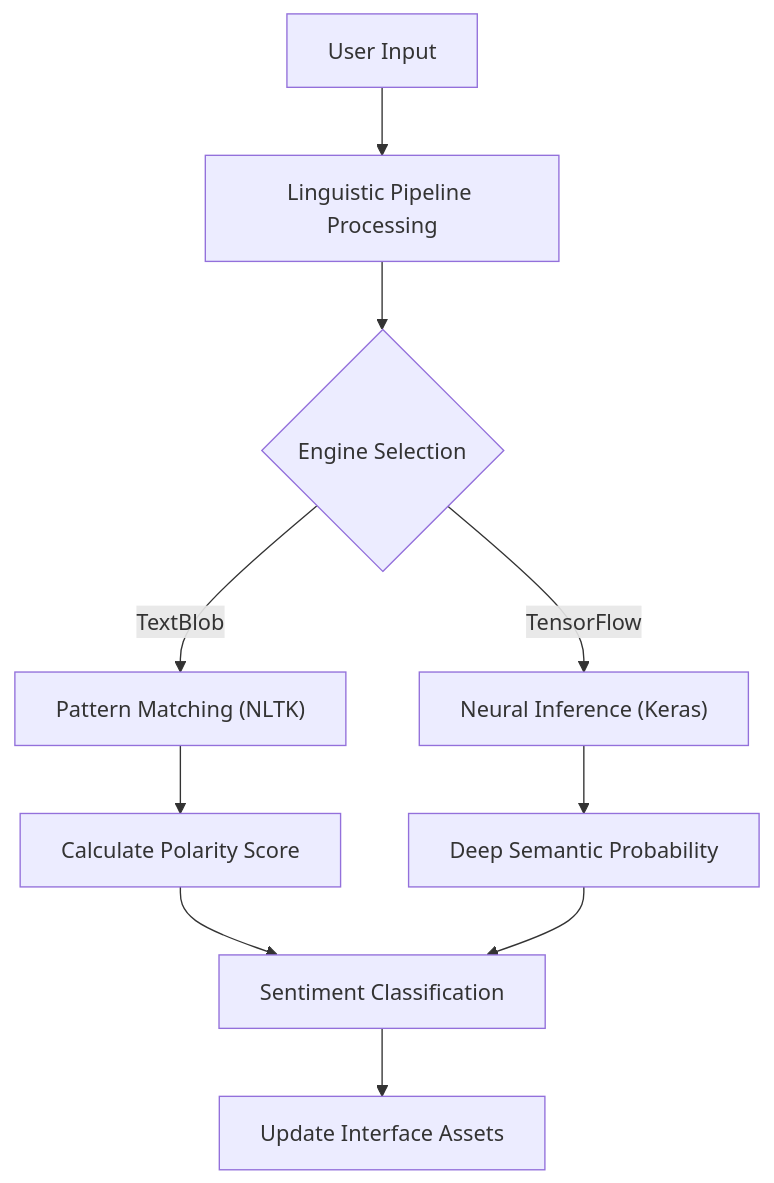
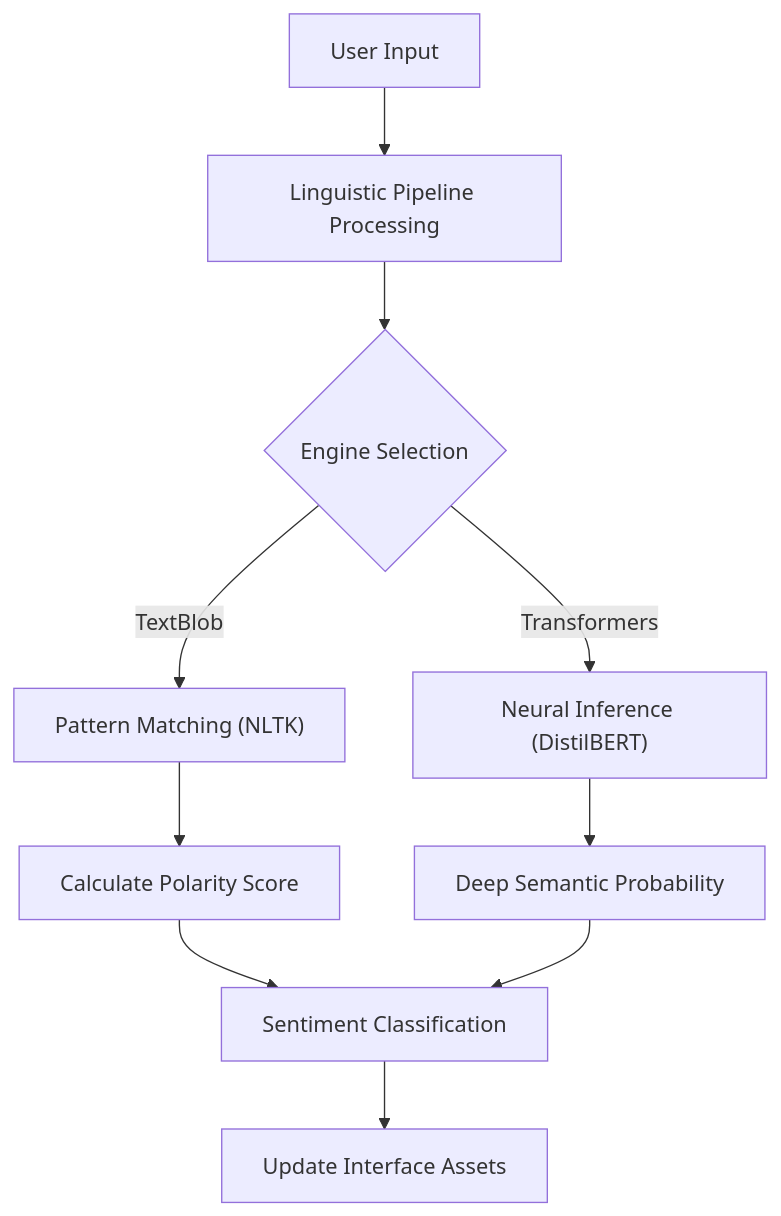
The diagram in docs/SPECIFICATION.md (raushan95a/SENTIMENT-ANALYZER), drawn with Mermaid before and after one commit. The commit also changed other lines of this file and 5 other files, not shown here.

````diff
--- a/docs/SPECIFICATION.md
+++ b/docs/SPECIFICATION.md
@@ -9,12 +9,12 @@
 ```mermaid
 graph TD
     Start["User Input"] --> Process["Linguistic Pipeline Processing"]
     Process --> Engine{"Engine Selection"}
     Engine -->|TextBlob| Pattern["Pattern Matching (NLTK)"]
-    Engine -->|TensorFlow| Neural["Neural Inference (Keras)"]
+    Engine -->|Transformers| Neural["Neural Inference (DistilBERT)"]
     Pattern --> Polarity["Calculate Polarity Score"]
     Neural --> Probability["Deep Semantic Probability"]
     Polarity --> Output["Sentiment Classification"]
     Probability --> Output
     Output --> UI["Update Interface Assets"]
 ```
````
